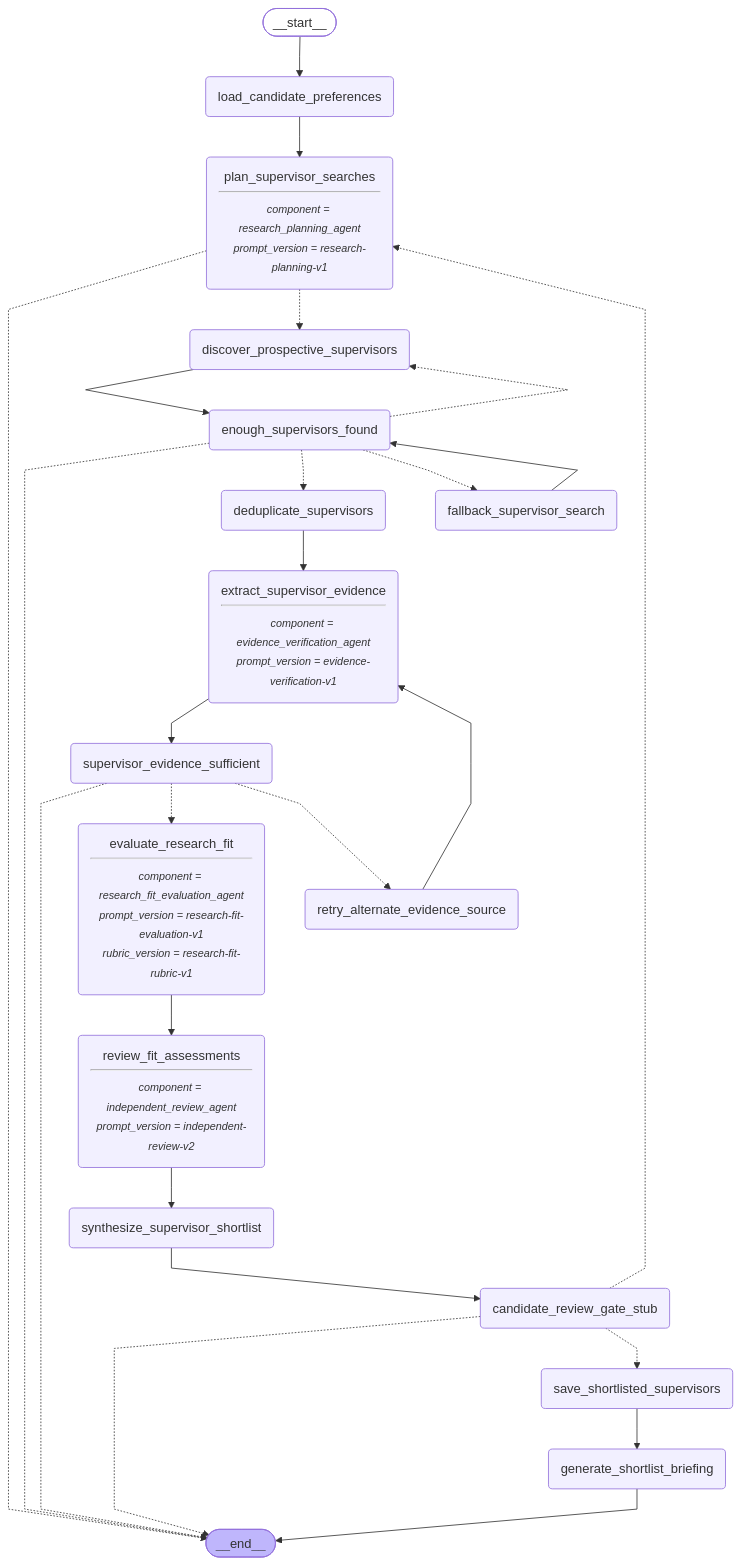
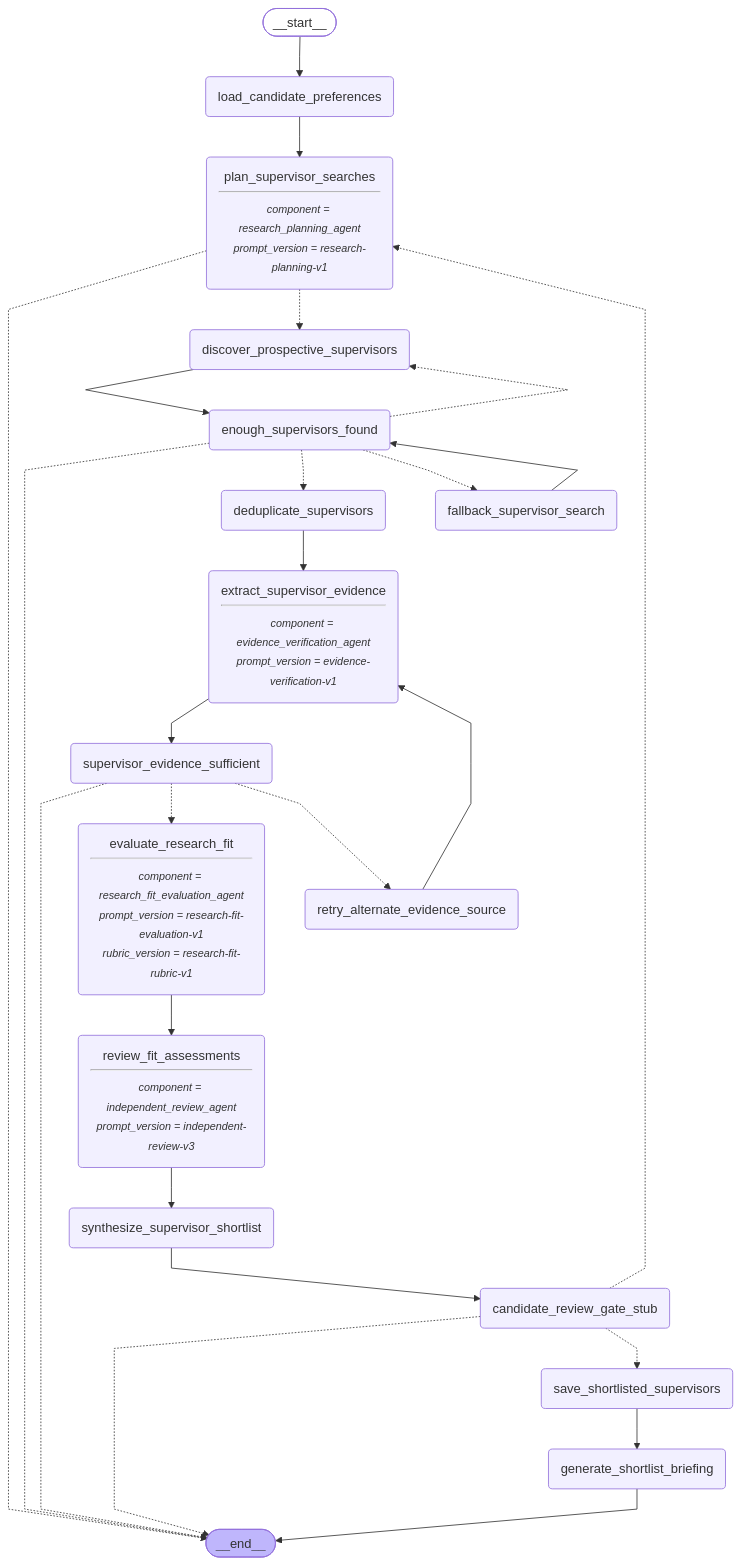
The diagram in projects/scholar-path/docs/m8-independent-review-graph.mmd (shanly-rajan/ai-builder), drawn with Mermaid before and after one commit. The commit also changed 8 other files, not shown here.

```diff
--- a/projects/scholar-path/docs/m8-independent-review-graph.mmd
+++ b/projects/scholar-path/docs/m8-independent-review-graph.mmd
@@ -1,55 +1,55 @@
 ---
 config:
   flowchart:
     curve: linear
 ---
 graph TD;
 	__start__([<p>__start__</p>]):::first
 	load_candidate_preferences(load_candidate_preferences)
 	plan_supervisor_searches(plan_supervisor_searches<hr/><small><em>component = research_planning_agent
 prompt_version = research-planning-v1</em></small>)
 	discover_prospective_supervisors(discover_prospective_supervisors)
 	enough_supervisors_found(enough_supervisors_found)
 	fallback_supervisor_search(fallback_supervisor_search)
 	deduplicate_supervisors(deduplicate_supervisors)
 	extract_supervisor_evidence(extract_supervisor_evidence<hr/><small><em>component = evidence_verification_agent
 prompt_version = evidence-verification-v1</em></small>)
 	supervisor_evidence_sufficient(supervisor_evidence_sufficient)
 	retry_alternate_evidence_source(retry_alternate_evidence_source)
 	evaluate_research_fit(evaluate_research_fit<hr/><small><em>component = research_fit_evaluation_agent
 prompt_version = research-fit-evaluation-v1
 rubric_version = research-fit-rubric-v1</em></small>)
 	review_fit_assessments(review_fit_assessments<hr/><small><em>component = independent_review_agent
-prompt_version = independent-review-v2</em></small>)
+prompt_version = independent-review-v3</em></small>)
 	synthesize_supervisor_shortlist(synthesize_supervisor_shortlist)
 	candidate_review_gate_stub(candidate_review_gate_stub)
 	save_shortlisted_supervisors(save_shortlisted_supervisors)
 	generate_shortlist_briefing(generate_shortlist_briefing)
 	__end__([<p>__end__</p>]):::last
 	__start__ --> load_candidate_preferences;
 	candidate_review_gate_stub -.-> __end__;
 	candidate_review_gate_stub -.-> plan_supervisor_searches;
 	candidate_review_gate_stub -.-> save_shortlisted_supervisors;
 	deduplicate_supervisors --> extract_supervisor_evidence;
 	discover_prospective_supervisors --> enough_supervisors_found;
 	enough_supervisors_found -.-> __end__;
 	enough_supervisors_found -.-> deduplicate_supervisors;
 	enough_supervisors_found -.-> discover_prospective_supervisors;
 	enough_supervisors_found -.-> fallback_supervisor_search;
 	evaluate_research_fit --> review_fit_assessments;
 	extract_supervisor_evidence --> supervisor_evidence_sufficient;
 	fallback_supervisor_search --> enough_supervisors_found;
 	load_candidate_preferences --> plan_supervisor_searches;
 	plan_supervisor_searches -.-> __end__;
 	plan_supervisor_searches -.-> discover_prospective_supervisors;
 	retry_alternate_evidence_source --> extract_supervisor_evidence;
 	review_fit_assessments --> synthesize_supervisor_shortlist;
 	save_shortlisted_supervisors --> generate_shortlist_briefing;
 	supervisor_evidence_sufficient -.-> __end__;
 	supervisor_evidence_sufficient -.-> evaluate_research_fit;
 	supervisor_evidence_sufficient -.-> retry_alternate_evidence_source;
 	synthesize_supervisor_shortlist --> candidate_review_gate_stub;
 	generate_shortlist_briefing --> __end__;
 	classDef default fill:#f2f0ff,line-height:1.2
 	classDef first fill-opacity:0
 	classDef last fill:#bfb6fc
```
